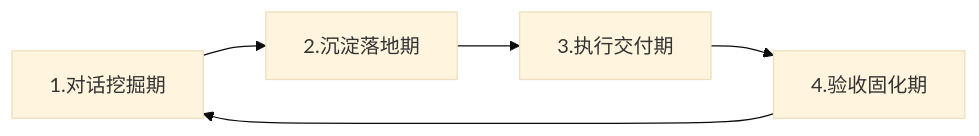
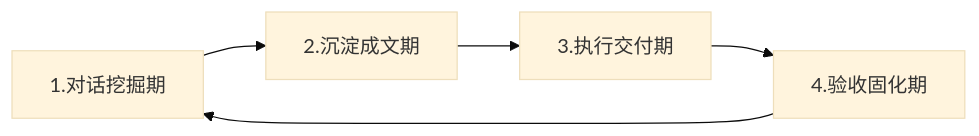
Before and after one commit to GassamFlower/vibe_coding_KnowledgeBase-: the first of 2 diagrams in docs/AI协作全流程操作手册.md, drawn with Mermaid (base theme). The commit also changed other lines of this file and 74 other files, not shown here.

````diff
--- a/docs/AI协作全流程操作手册.md
+++ b/docs/AI协作全流程操作手册.md
@@ -60,7 +60,7 @@
 ```mermaid
 flowchart LR
-    A[1.对话挖掘期] --> B[2.沉淀落地期]
+    A[1.对话挖掘期] --> B[2.沉淀成文期]
     B --> C[3.执行交付期]
     C --> D[4.验收固化期]
     D --> A
 ```
````
